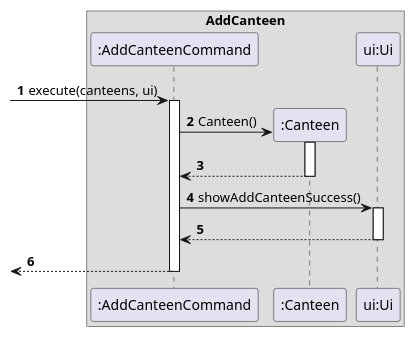
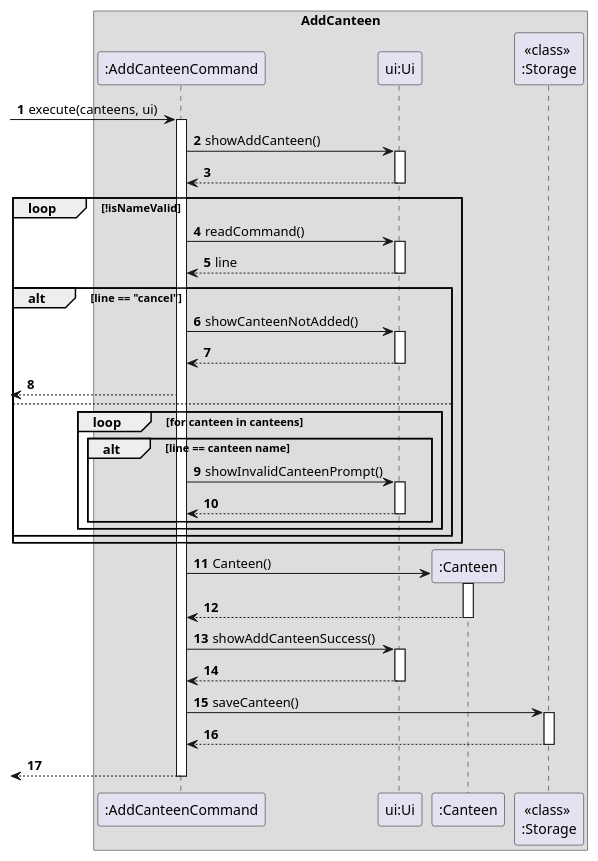
The diagram in docs/PlantUML/AddCanteen.puml (nus-cs2113-AY2021S2/tp), drawn with PlantUML before and after one commit. The commit also changed 10 other files, not shown here.

```diff
--- a/docs/PlantUML/AddCanteen.puml
+++ b/docs/PlantUML/AddCanteen.puml
@@ -1,23 +1,58 @@
 @startuml
 'https://plantuml.com/sequence-diagram
 
 autonumber
 box AddCanteen
 
 ->":AddCanteenCommand" : execute(canteens, ui)
 activate ":AddCanteenCommand"
+
+":AddCanteenCommand" -> "ui:Ui" : showAddCanteen()
+activate "ui:Ui"
+"ui:Ui" --> ":AddCanteenCommand"
+deactivate "ui:Ui"
+
+loop !isNameValid
+    ":AddCanteenCommand" -> "ui:Ui" : readCommand()
+    activate "ui:Ui"
+    "ui:Ui" --> ":AddCanteenCommand" : line
+    deactivate "ui:Ui"
+
+    alt line == "cancel"
+    ":AddCanteenCommand" -> "ui:Ui" : showCanteenNotAdded()
+    activate "ui:Ui"
+    "ui:Ui" --> ":AddCanteenCommand"
+    deactivate "ui:Ui"
+    <-- ":AddCanteenCommand"
+
+    else
+        loop for canteen in canteens
+            alt line == canteen name
+            ":AddCanteenCommand" -> "ui:Ui" : showInvalidCanteenPrompt()
+            activate "ui:Ui"
+            "ui:Ui" --> ":AddCanteenCommand"
+            deactivate "ui:Ui"
+            end
+        end
+    end
+end
 
 create ":Canteen"
 ":AddCanteenCommand" -> ":Canteen" : Canteen()
 activate ":Canteen"
 ":Canteen" --> ":AddCanteenCommand"
 deactivate ":Canteen"
 
 ":AddCanteenCommand" -> "ui:Ui" : showAddCanteenSuccess()
 activate "ui:Ui"
 "ui:Ui" --> ":AddCanteenCommand"
 deactivate "ui:Ui"
 
+":AddCanteenCommand" -> "<<class>> \n:Storage" : saveCanteen()
+activate "<<class>> \n:Storage"
+"<<class>> \n:Storage" --> ":AddCanteenCommand"
+deactivate "<<class>> \n:Storage"
+
 <-- ":AddCanteenCommand"
 deactivate ":AddCanteenCommand"
 @enduml
```
